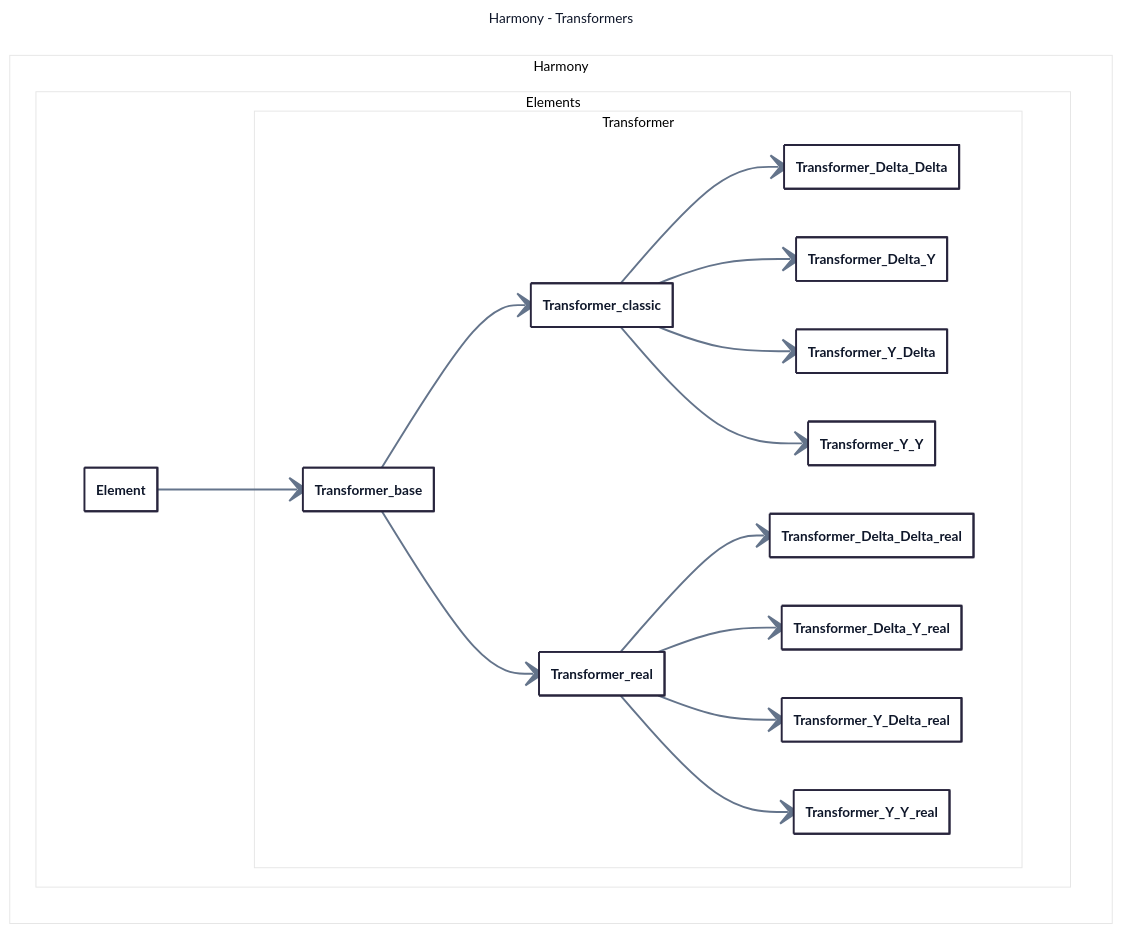
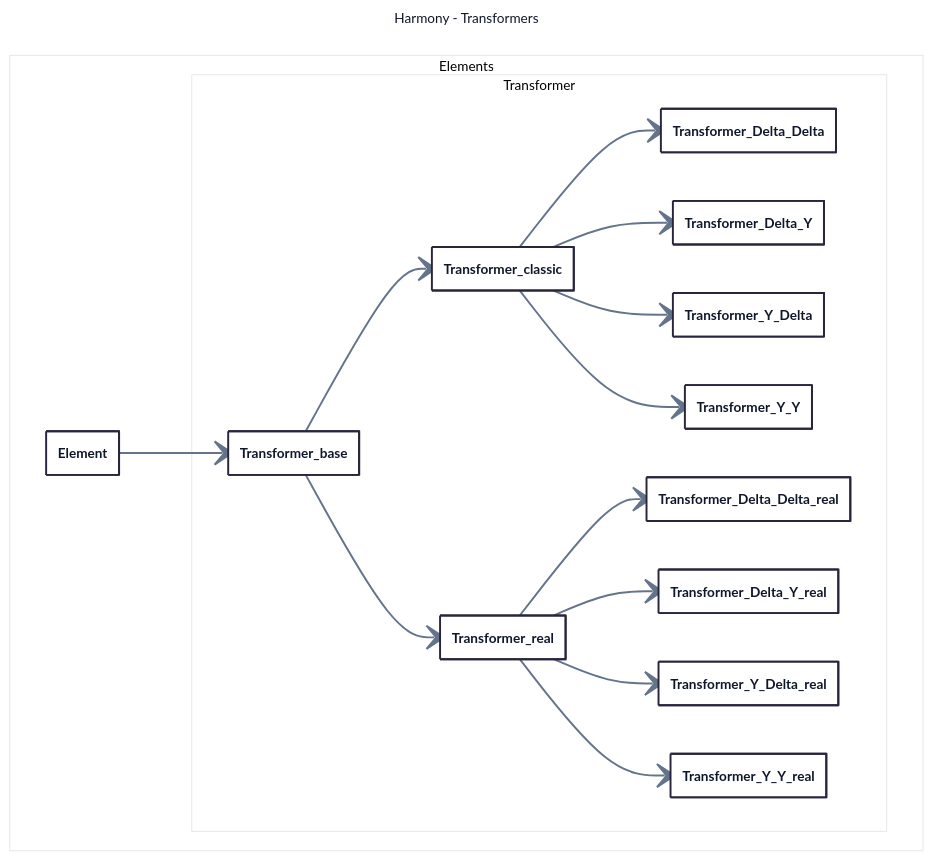
The fourth of 4 diagrams in class_diagram.md (yiquintero/tmp), drawn with Mermaid before and after one commit.

Commit message:
Refactor class diagram namespaces for clarity

````diff
--- a/class_diagram.md
+++ b/class_diagram.md
@@ -185,44 +185,43 @@
 ```mermaid
 ---
 title: Harmony - Transformers
 config:
   theme: redux-color
   themeVariables:
     fontFamily: Inter, Segoe UI, sans-serif
     lineColor: "#64748B"
     primaryTextColor: "#0F172A"
   class:
     hideEmptyMembersBox: true
 ---
 classDiagram
-  direction LR
 
-  namespace Harmony.Elements {
+  namespace Elements {
     class Element {}
   }
 
-  namespace Harmony.Elements.Transformer {
+  namespace Elements.Transformer {
     class Transformer_base {}
     class Transformer_classic {}
     class Transformer_Delta_Delta_real {}
     class Transformer_Delta_Delta {}
     class Transformer_Delta_Y_real {}
     class Transformer_Delta_Y {}
     class Transformer_real {}
     class Transformer_Y_Delta_real {}
     class Transformer_Y_Delta {}
     class Transformer_Y_Y_real {}
     class Transformer_Y_Y {}
   }
   Element --> Transformer_base
   Transformer_base --> Transformer_classic
   Transformer_base --> Transformer_real
   Transformer_classic --> Transformer_Delta_Delta
   Transformer_classic --> Transformer_Delta_Y
   Transformer_classic --> Transformer_Y_Delta
   Transformer_classic --> Transformer_Y_Y
   Transformer_real --> Transformer_Delta_Delta_real
   Transformer_real --> Transformer_Delta_Y_real
   Transformer_real --> Transformer_Y_Delta_real
   Transformer_real --> Transformer_Y_Y_real
 ```
````
